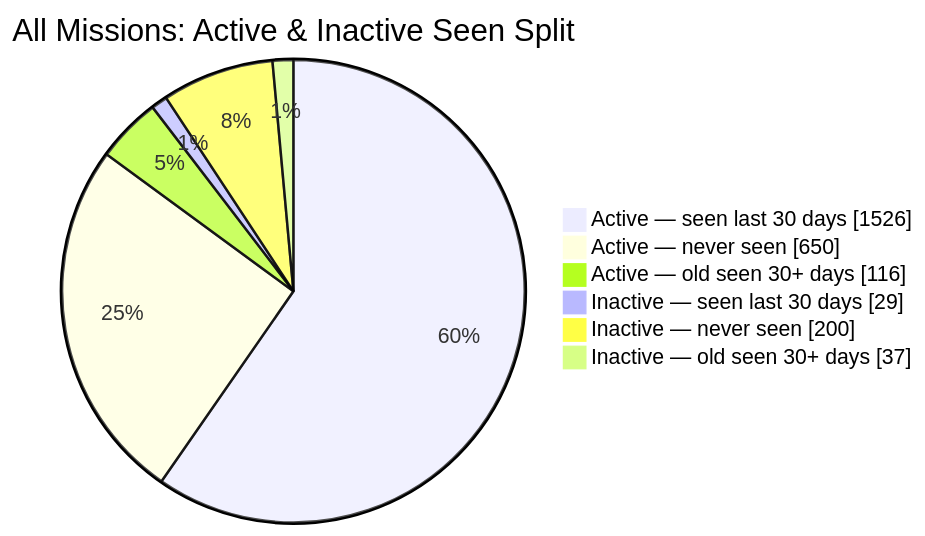
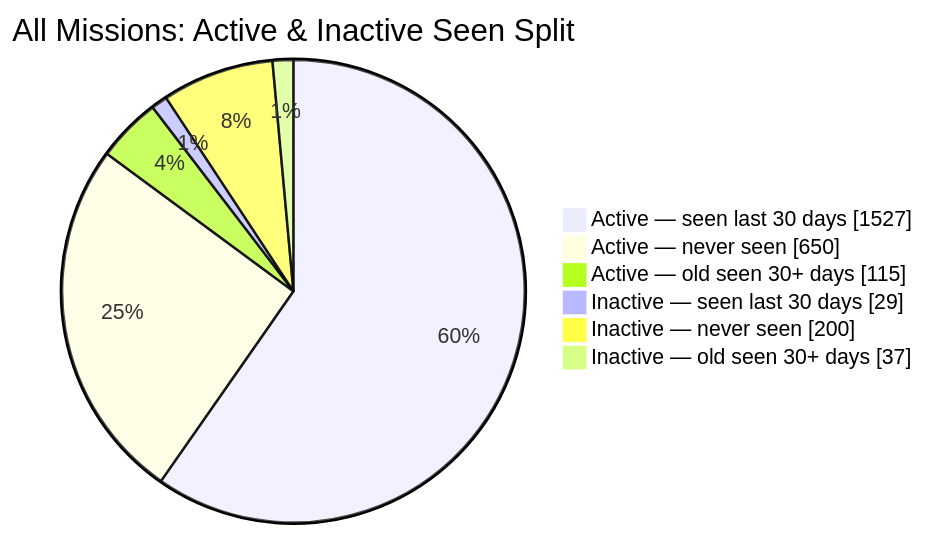
The second of 2 diagrams in README.md (MeldkamerspelGameTeam/active-missions), drawn with Mermaid before and after one commit. The commit also changed other lines of this file and 2 other files, not shown here.

````diff
--- a/README.md
+++ b/README.md
@@ -44,10 +44,10 @@
 ```mermaid
 pie showData
     title All Missions: Active & Inactive Seen Split
-    "Active — seen last 30 days" : 1526
+    "Active — seen last 30 days" : 1527
     "Active — never seen" : 650
-    "Active — old seen 30+ days" : 116
+    "Active — old seen 30+ days" : 115
     "Inactive — seen last 30 days" : 29
     "Inactive — never seen" : 200
     "Inactive — old seen 30+ days" : 37
 ```
````
